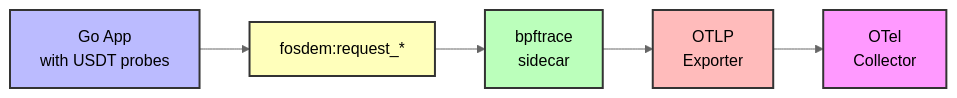
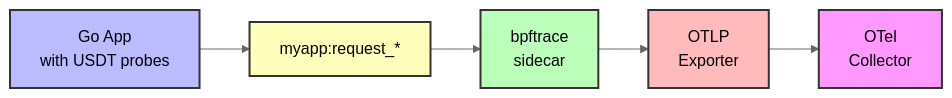
Before and after one commit to hannahkm/fosdem-2026: diagram 11 of 11 in presentation.md, drawn with Mermaid (neutral theme). The commit also changed other lines of this file and 3 other files, not shown here.

````diff
--- a/presentation.md
+++ b/presentation.md
@@ -1311,13 +1299,13 @@
 ```mermaid
 graph LR
-    app[Go App<br/>with USDT probes] --> probes[fosdem:request_*]
+    app[Go App<br/>with USDT probes] --> probes[myapp:request_*]
     probes --> bpftrace[bpftrace<br/>sidecar]
     bpftrace --> exporter[OTLP<br/>Exporter]
     exporter --> collector[OTel<br/>Collector]
 
     style app fill:#bbf,stroke:#333,stroke-width:2px
     style probes fill:#ffb,stroke:#333,stroke-width:2px
     style bpftrace fill:#bfb,stroke:#333,stroke-width:2px
     style exporter fill:#fbb,stroke:#333,stroke-width:2px
     style collector fill:#f9f,stroke:#333,stroke-width:2px
 ```
````
